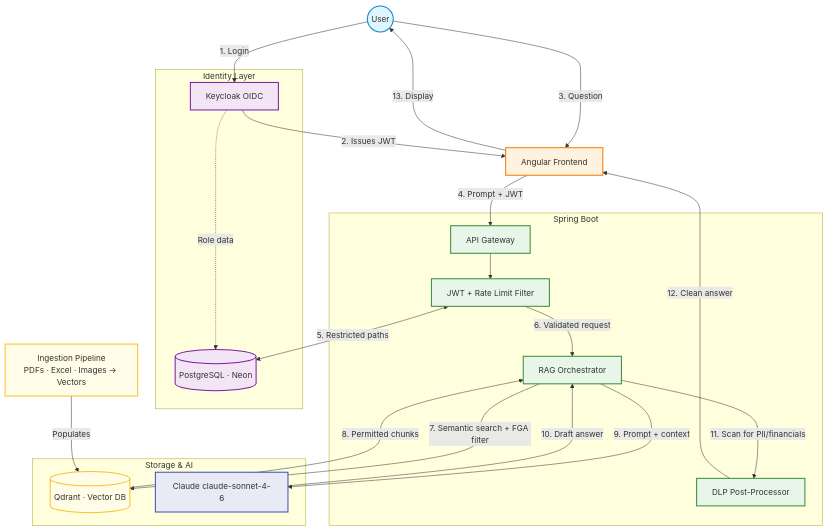
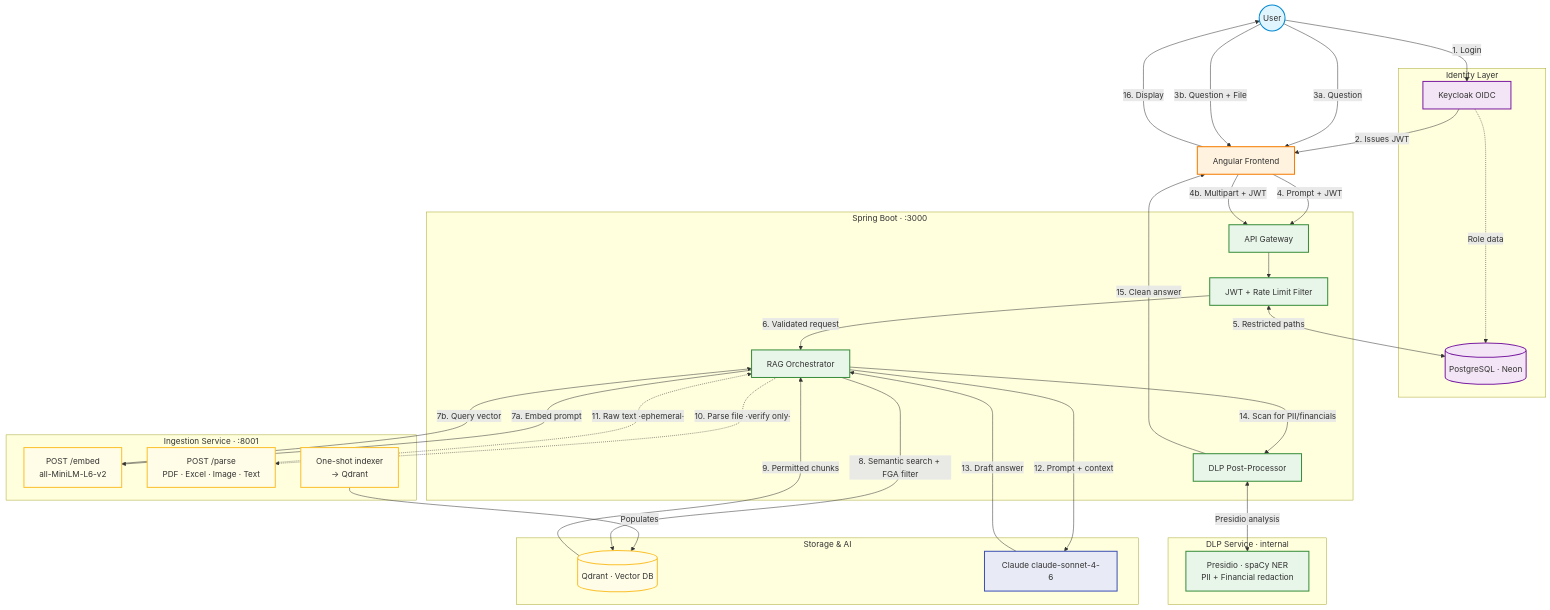
The diagram in README.md (marcelorvergara/Enterprise-SecureChat), drawn with Mermaid before and after one commit.

Commit message:
docs: Update architecture diagram to reflect changes in ingestion and DLP service flow

````diff
--- a/README.md
+++ b/README.md
@@ -14,54 +14,72 @@
 ```mermaid
 flowchart TD
     classDef user fill:#e1f5fe,stroke:#0288d1,stroke-width:2px;
     classDef frontend fill:#fff3e0,stroke:#f57c00,stroke-width:2px;
     classDef backend fill:#e8f5e9,stroke:#388e3c,stroke-width:2px;
     classDef identity fill:#f3e5f5,stroke:#7b1fa2,stroke-width:2px;
     classDef data fill:#fffde7,stroke:#fbc02d,stroke-width:2px;
     classDef ai fill:#e8eaf6,stroke:#3f51b5,stroke-width:2px;
 
     User((User)):::user
     UI[Angular Frontend]:::frontend
 
     subgraph Identity [Identity Layer]
         Keycloak[Keycloak OIDC]:::identity
         Postgres[(PostgreSQL · Neon)]:::identity
     end
 
-    Ingestion[Ingestion Pipeline<br/>PDFs · Excel · Images → Vectors]:::data
+    subgraph Ingestion [Ingestion Service · :8001]
+        Embed[POST /embed<br/>all-MiniLM-L6-v2]:::data
+        Parse[POST /parse<br/>PDF · Excel · Image · Text]:::data
+        Indexer[One-shot indexer<br/>→ Qdrant]:::data
+    end
 
-    subgraph Backend [Spring Boot]
+    subgraph Backend [Spring Boot · :3000]
         API[API Gateway]:::backend
         Filter[JWT + Rate Limit Filter]:::backend
         RAG[RAG Orchestrator]:::backend
-        DLP[DLP Post-Processor]:::backend
+        DLPClient[DLP Post-Processor]:::backend
     end
 
     subgraph Storage [Storage & AI]
         VDB[(Qdrant · Vector DB)]:::data
         LLM[Claude claude-sonnet-4-6]:::ai
     end
 
-    Ingestion -->|Populates| VDB
+    subgraph DLPService [DLP Service · internal]
+        Presidio[Presidio · spaCy NER<br/>PII + Financial redaction]:::backend
+    end
+
+    Indexer -->|Populates| VDB
 
     User -->|1. Login| Keycloak
     Keycloak -->|2. Issues JWT| UI
     Keycloak -.->|Role data| Postgres
 
-    User -->|3. Question| UI
+    User -->|3a. Question| UI
+    User -->|3b. Question + File| UI
+
     UI -->|4. Prompt + JWT| API
+    UI -->|4b. Multipart + JWT| API
 
     API --> Filter
     Filter <-->|5. Restricted paths| Postgres
     Filter -->|6. Validated request| RAG
 
-    RAG -->|7. Semantic search + FGA filter| VDB
-    VDB -->|8. Permitted chunks| RAG
+    RAG -->|7a. Embed prompt| Embed
+    Embed -->|7b. Query vector| RAG
 
-    RAG -->|9. Prompt + context| LLM
-    LLM -->|10. Draft answer| RAG
+    RAG -->|8. Semantic search + FGA filter| VDB
+    VDB -->|9. Permitted chunks| RAG
 
-    RAG -->|11. Scan for PII/financials| DLP
-    DLP -->|12. Clean answer| UI
-    UI -->|13. Display| User
+    RAG -.->|10. Parse file ·verify only·| Parse
+    Parse -.->|11. Raw text ·ephemeral·| RAG
+
+    RAG -->|12. Prompt + context| LLM
+    LLM -->|13. Draft answer| RAG
+
+    RAG -->|14. Scan for PII/financials| DLPClient
+    DLPClient <-->|Presidio analysis| Presidio
+    DLPClient -->|15. Clean answer| UI
+    UI -->|16. Display| User
 ```
````
